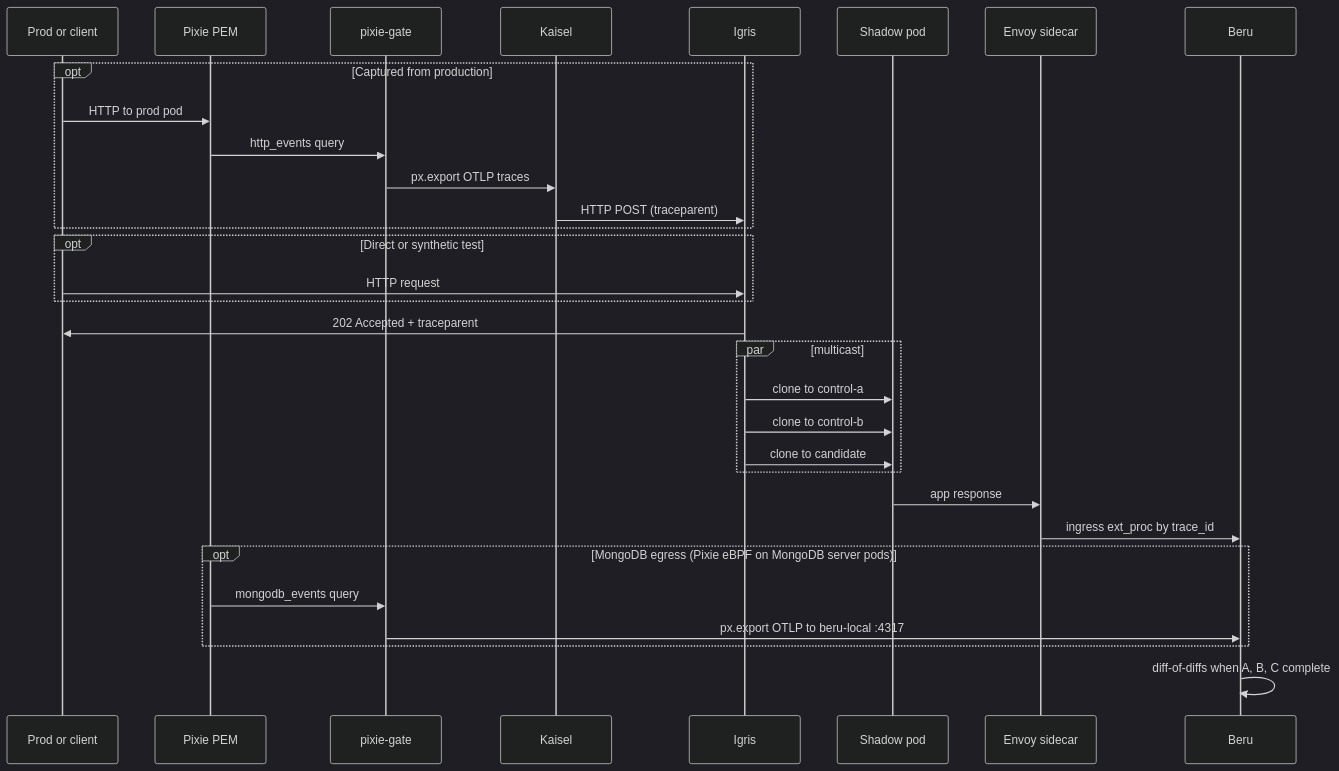
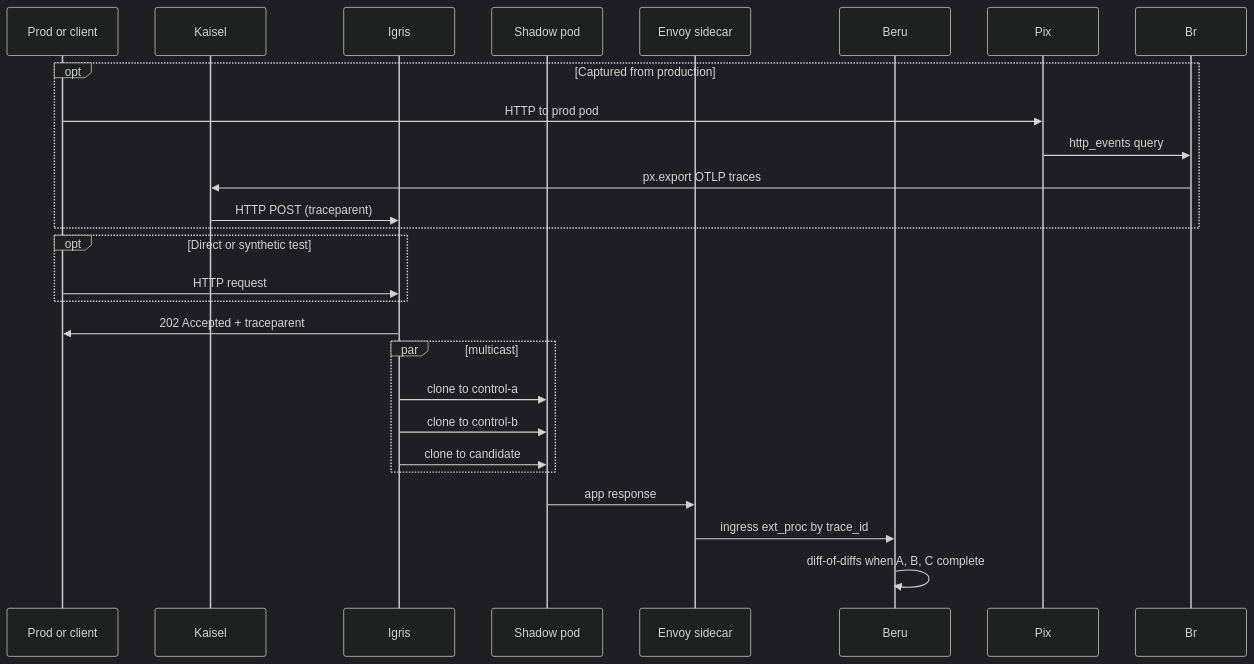
Before and after one commit to nederrgo/shadow-diff: the third of 5 diagrams in docs/architecture/ARCHITECTURE.md, drawn with Mermaid (dark theme). The commit also changed other lines of this file and 135 other files, not shown here.

````diff
--- a/docs/architecture/ARCHITECTURE.md
+++ b/docs/architecture/ARCHITECTURE.md
@@ -302,34 +278,28 @@
 ```mermaid
 sequenceDiagram
   participant P as Prod or client
-  participant Pix as Pixie PEM
-  participant Br as pixie-gate
   participant S as Kaisel
   participant I as Igris
   participant Sh as Shadow pod
   participant E as Envoy sidecar
   participant B as Beru
 
   opt Captured from production
     P->>Pix: HTTP to prod pod
     Pix->>Br: http_events query
     Br->>S: px.export OTLP traces
     S->>I: HTTP POST (traceparent)
   end
   opt Direct or synthetic test
     P->>I: HTTP request
   end
   I->>P: 202 Accepted + traceparent
   par multicast
     I->>Sh: clone to control-a
     I->>Sh: clone to control-b
     I->>Sh: clone to candidate
   end
   Sh->>E: app response
   E->>B: ingress ext_proc by trace_id
-  opt MongoDB egress (Pixie eBPF on MongoDB server pods)
-    Pix->>Br: mongodb_events query
-    Br->>B: px.export OTLP to beru-local :4317
-  end
   B->>B: diff-of-diffs when A, B, C complete
 ```
````
